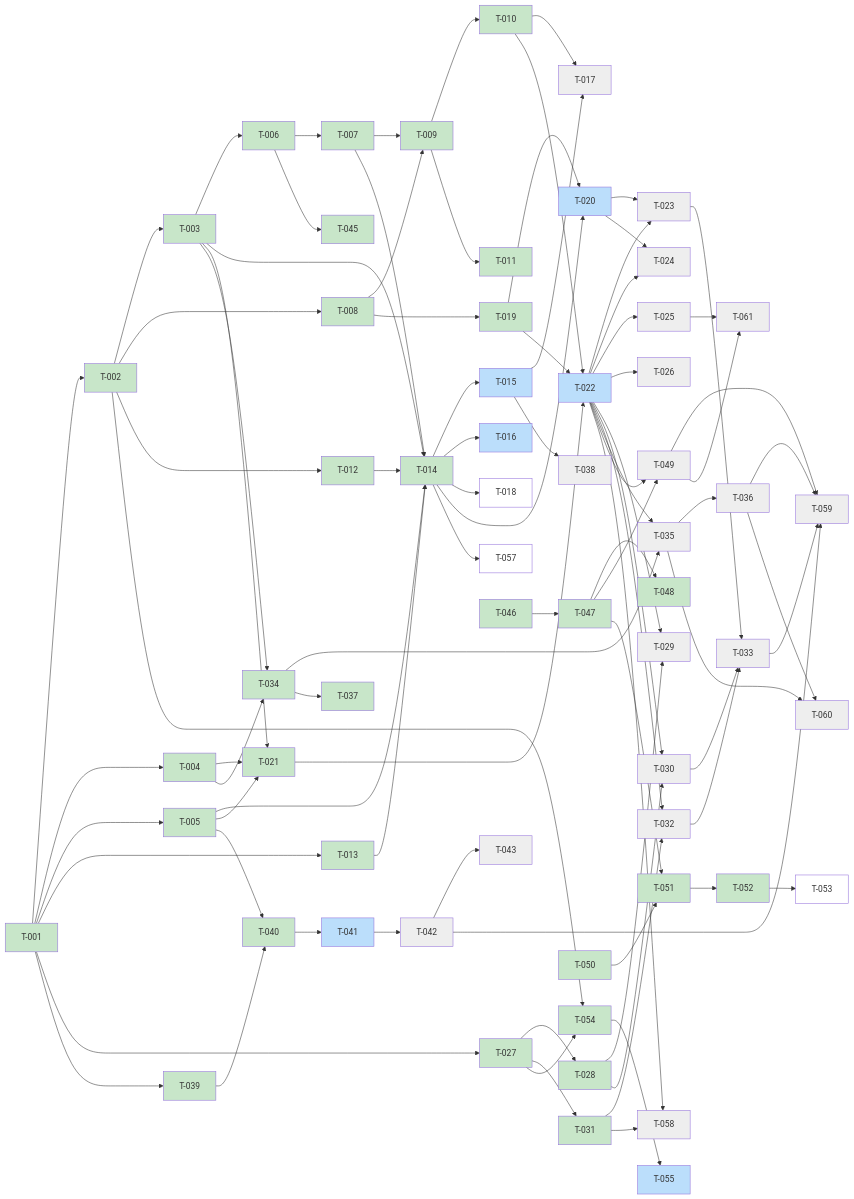
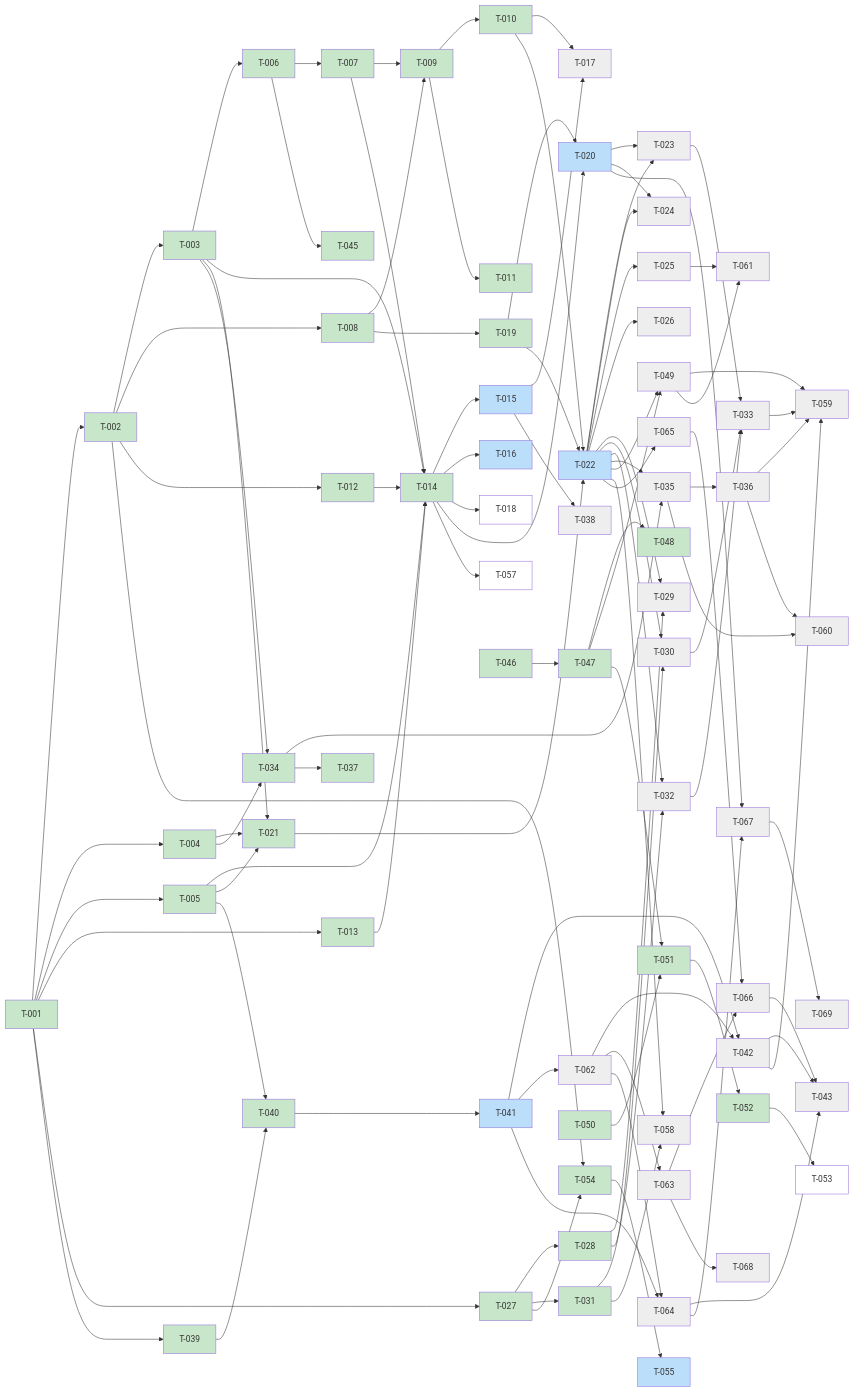
The diagram in kanban/BOARD.md (scholtz/biatec-chat), drawn with Mermaid before and after one commit. The commit also changed other lines of this file and 39 other files, not shown here.

````diff
--- a/kanban/BOARD.md
+++ b/kanban/BOARD.md
@@ -159,7 +167,10 @@
   T039[T-039] --> T040[T-040]
   T040[T-040] --> T041[T-041]
   T041[T-041] --> T042[T-042]
+  T062[T-062] --> T042[T-042]
   T042[T-042] --> T043[T-043]
+  T064[T-064] --> T043[T-043]
+  T066[T-066] --> T043[T-043]
   T006[T-006] --> T045[T-045]
   T046[T-046] --> T047[T-047]
   T047[T-047] --> T048[T-048]
@@ -183,6 +194,17 @@
   T036[T-036] --> T060[T-060]
   T025[T-025] --> T061[T-061]
   T049[T-049] --> T061[T-061]
+  T041[T-041] --> T062[T-062]
+  T062[T-062] --> T063[T-063]
+  T041[T-041] --> T064[T-064]
+  T062[T-062] --> T064[T-064]
+  T022[T-022] --> T065[T-065]
+  T063[T-063] --> T066[T-066]
+  T065[T-065] --> T066[T-066]
+  T020[T-020] --> T067[T-067]
+  T064[T-064] --> T067[T-067]
+  T063[T-063] --> T068[T-068]
+  T067[T-067] --> T069[T-069]
   classDef done fill:#c8e6c9
   classDef review fill:#fff9c4
   classDef inprogress fill:#bbdefb
@@ -191,5 +213,5 @@
   class T001,T002,T003,T004,T005,T006,T007,T008,T009,T010,T011,T012,T013,T014,T019,T021,T027,T028,T031,T034,T037,T039,T040,T044,T045,T046,T047,T048,T050,T051,T052,T054,T056 done
   class T015,T020,T022,T041,T055,T016 inprogress
   class T018,T053,T057 backlog
-  class T023,T042,T017,T024,T029,T030,T032,T033,T035,T036,T038,T049,T059,T025,T026,T043,T058,T060,T061 blocked
+  class T023,T042,T017,T024,T029,T030,T032,T033,T035,T036,T038,T049,T059,T062,T063,T064,T025,T026,T043,T065,T066,T068,T058,T060,T061,T067,T069 blocked
 ```
````
